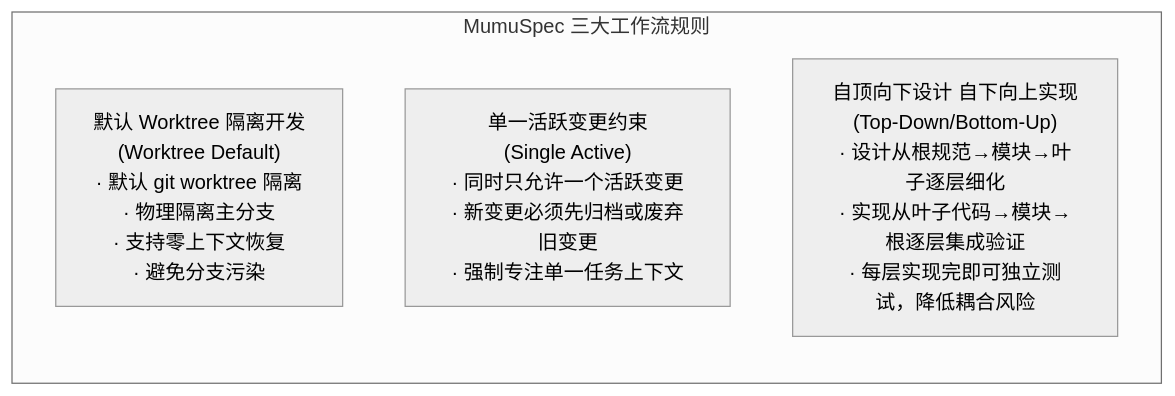
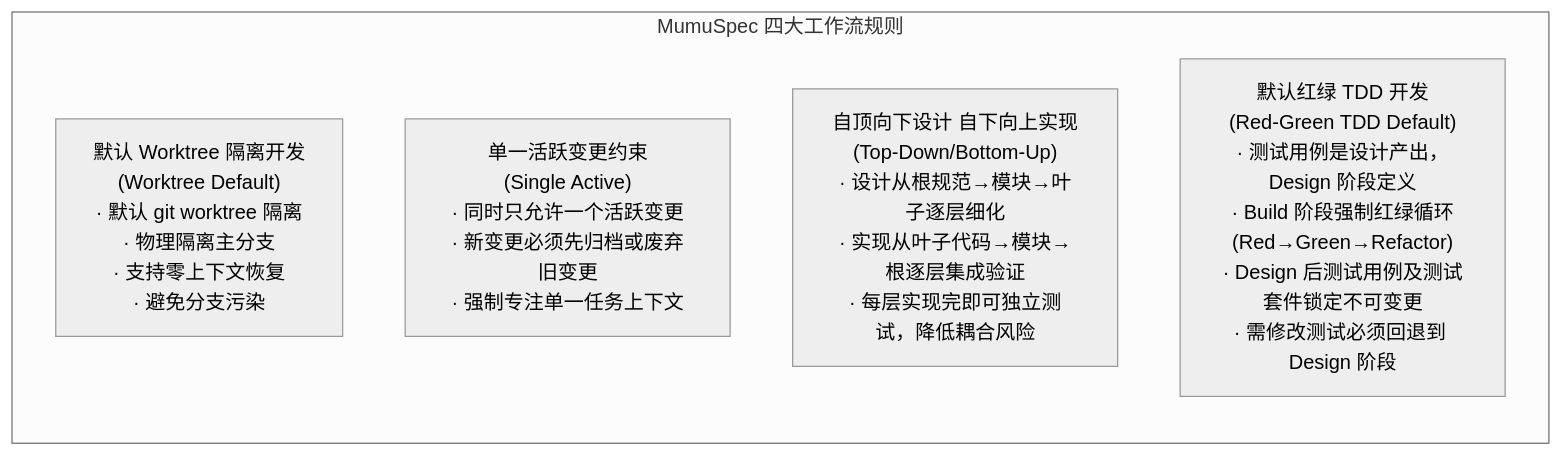
One commit to luckyMUMU/mumuspec changed the second of 16 diagrams in docs/design.md. Above: the diagram before and after it, drawn with Mermaid (neutral theme). The commit also changed other lines of this file, not shown here.

````diff
--- a/docs/design.md
+++ b/docs/design.md
@@ -47,8 +48,9 @@
 ```mermaid
 graph LR
-    subgraph Rules["MumuSpec 三大工作流规则"]
+    subgraph Rules["MumuSpec 四大工作流规则"]
         R1["默认 Worktree 隔离开发<br/>(Worktree Default)<br/>· 默认 git worktree 隔离<br/>· 物理隔离主分支<br/>· 支持零上下文恢复<br/>· 避免分支污染"]
         R2["单一活跃变更约束<br/>(Single Active)<br/>· 同时只允许一个活跃变更<br/>· 新变更必须先归档或废弃旧变更<br/>· 强制专注单一任务上下文"]
         R3["自顶向下设计 自下向上实现<br/>(Top-Down/Bottom-Up)<br/>· 设计从根规范→模块→叶子逐层细化<br/>· 实现从叶子代码→模块→根逐层集成验证<br/>· 每层实现完即可独立测试，降低耦合风险"]
+        R4["默认红绿 TDD 开发<br/>(Red-Green TDD Default)<br/>· 测试用例是设计产出，Design 阶段定义<br/>· Build 阶段强制红绿循环(Red→Green→Refactor)<br/>· Design 后测试用例及测试套件锁定不可变更<br/>· 需修改测试必须回退到 Design 阶段"]
     end
 ```
````
